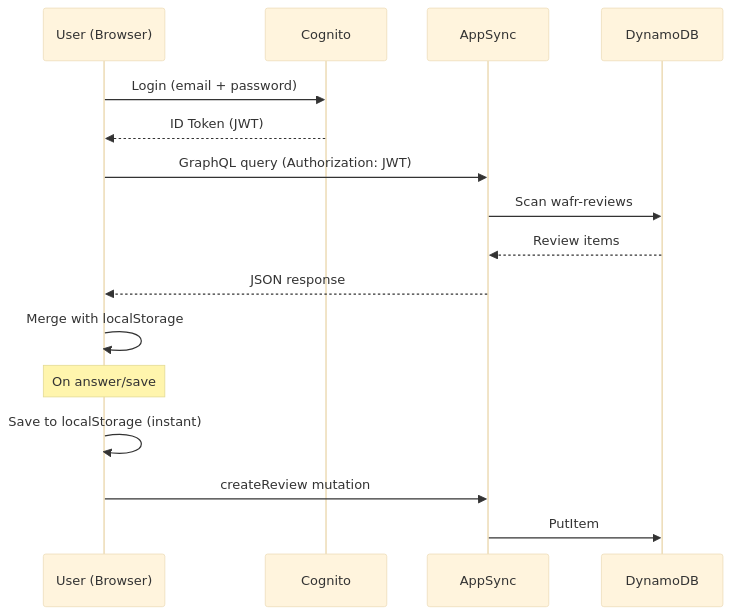
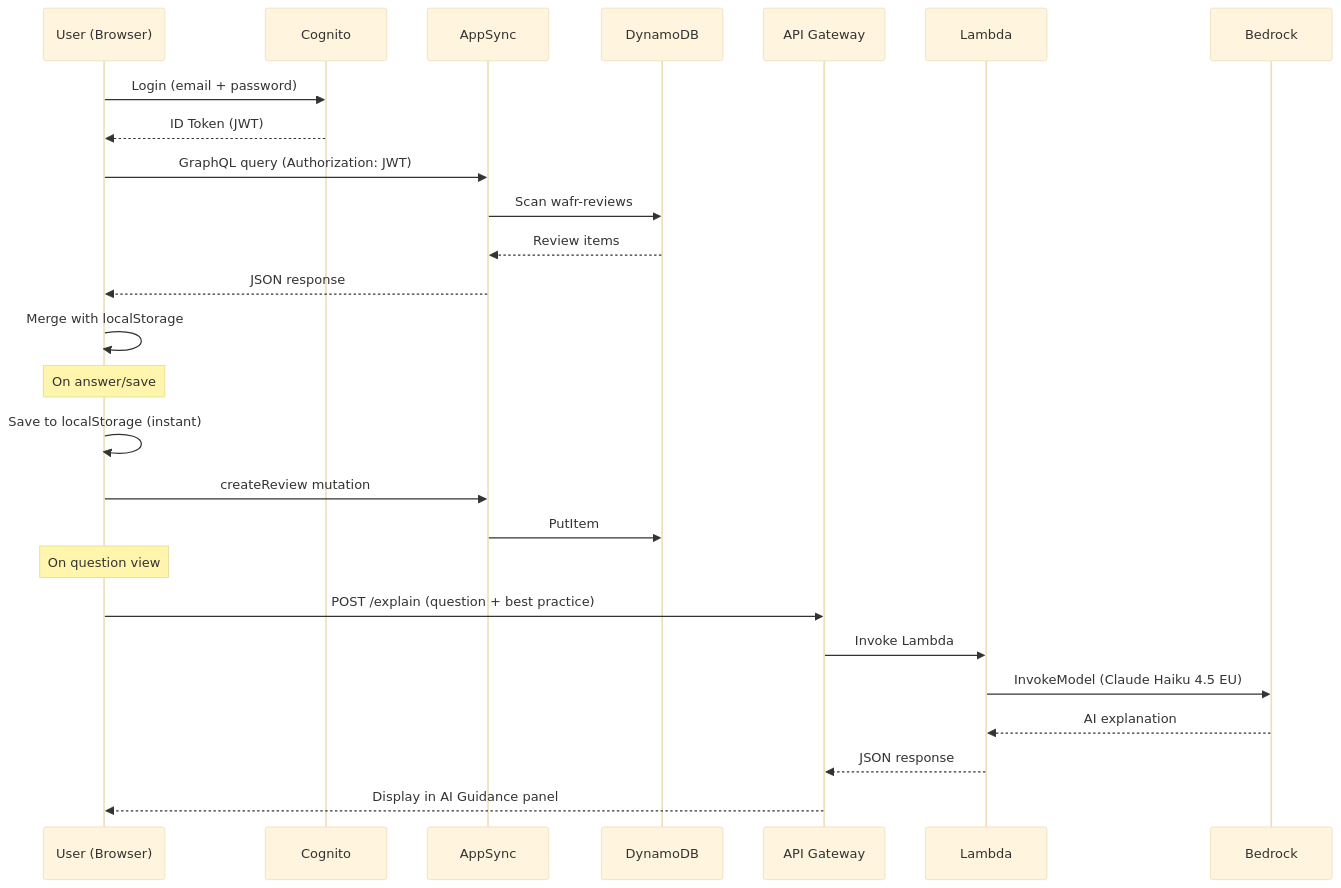
Before and after one commit to danielmatlock/workspaces-well-architected-review: the second of 3 diagrams in docs/ARCHITECTURE.md, drawn with Mermaid (base theme). The commit also changed other lines of this file and 1 other file, not shown here.

Commit message:
Update architecture diagram and changelog with Lambda, API Gateway, Bedrock, and PITR

````diff
--- a/docs/ARCHITECTURE.md
+++ b/docs/ARCHITECTURE.md
@@ -29,19 +35,29 @@
 ```mermaid
 sequenceDiagram
     participant U as User (Browser)
     participant C as Cognito
     participant A as AppSync
     participant D as DynamoDB
+    participant AG as API Gateway
+    participant L as Lambda
+    participant B as Bedrock
 
     U->>C: Login (email + password)
     C-->>U: ID Token (JWT)
     U->>A: GraphQL query (Authorization: JWT)
     A->>D: Scan wafr-reviews
     D-->>A: Review items
     A-->>U: JSON response
     U->>U: Merge with localStorage
     Note over U: On answer/save
     U->>U: Save to localStorage (instant)
     U->>A: createReview mutation
     A->>D: PutItem
+    Note over U: On question view
+    U->>AG: POST /explain (question + best practice)
+    AG->>L: Invoke Lambda
+    L->>B: InvokeModel (Claude Haiku 4.5 EU)
+    B-->>L: AI explanation
+    L-->>AG: JSON response
+    AG-->>U: Display in AI Guidance panel
 ```
````
